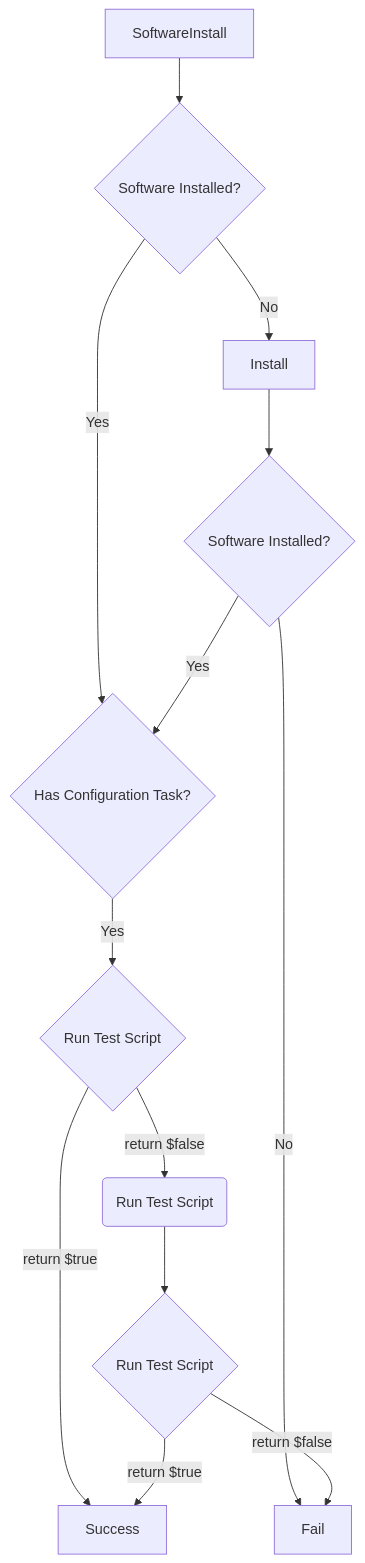
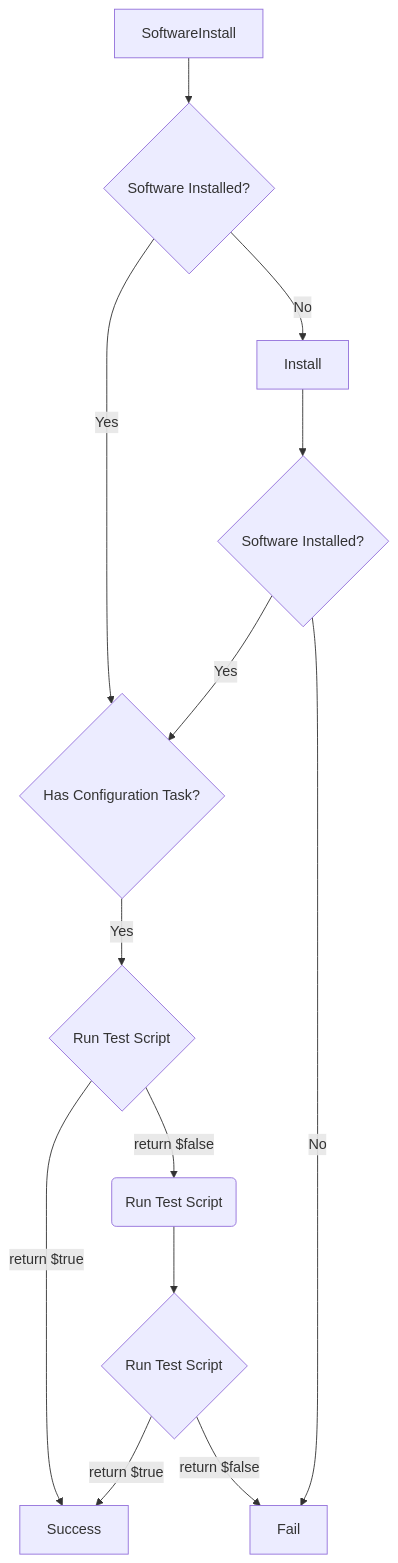
Before and after one commit to immense/immybot-documentation: the first of 5 diagrams in src/guide/introduction.md, drawn with Mermaid. The commit also changed other lines of this file, not shown here.

Commit message:
Tweaked new Maintenance Action flowchart

````diff
--- a/src/guide/introduction.md
+++ b/src/guide/introduction.md
@@ -207,15 +207,15 @@
 ```mermaid
 flowchart TD
  SoftwareInstall --> Detect{Software Installed?}
  Detect --> |No| Install
  Detect --> |Yes| HasConfigurationTask{Has Configuration Task?}
  Install --> PostInstallDetect{Software Installed?}
  PostInstallDetect --> |Yes|HasConfigurationTask
- PostInstallDetect --> |No| Fail
  HasConfigurationTask --> |Yes| MaintenanceTaskTest{Run Test Script}
  MaintenanceTaskTest --> |return $true| Success
  MaintenanceTaskTest --> |return $false| RunSetScript(Run Test Script)
  RunSetScript --> PostMaintenanceTaskTest{Run Test Script}
  PostMaintenanceTaskTest --> |return $true| Success
  PostMaintenanceTaskTest --> |return $false| Fail
+ PostInstallDetect --> |No| Fail
 ```
````
